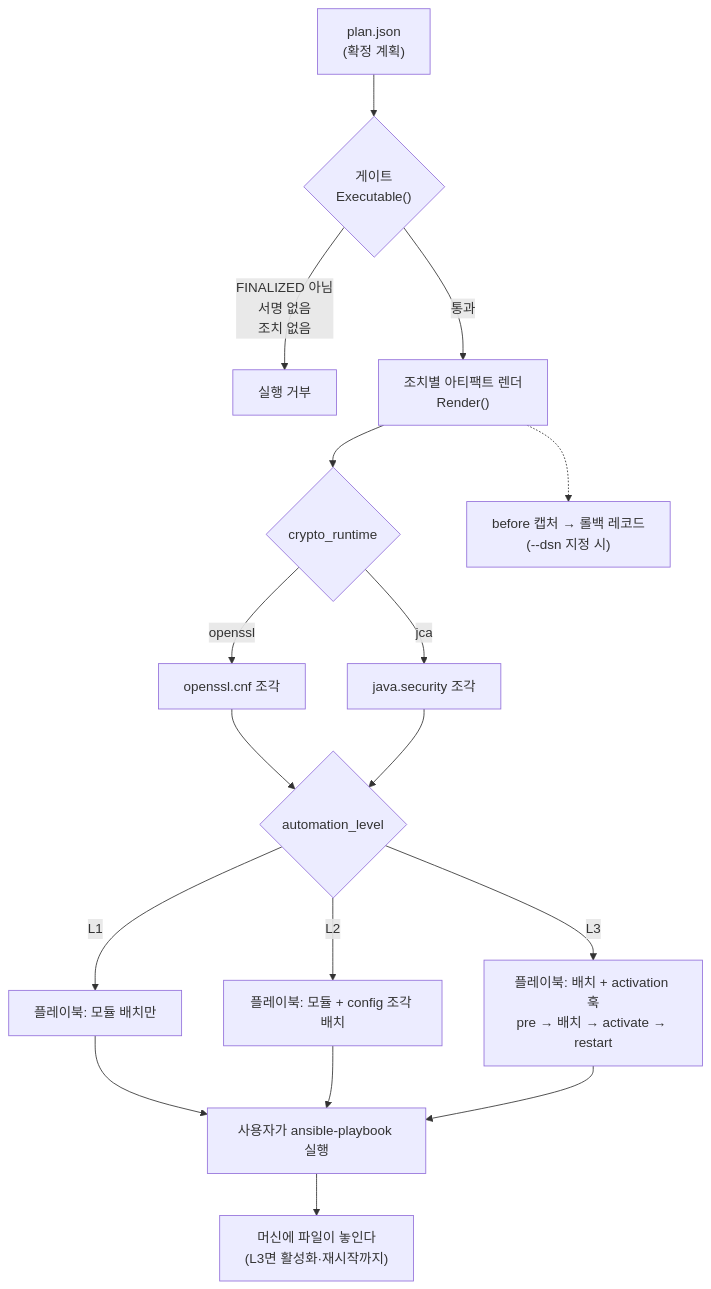
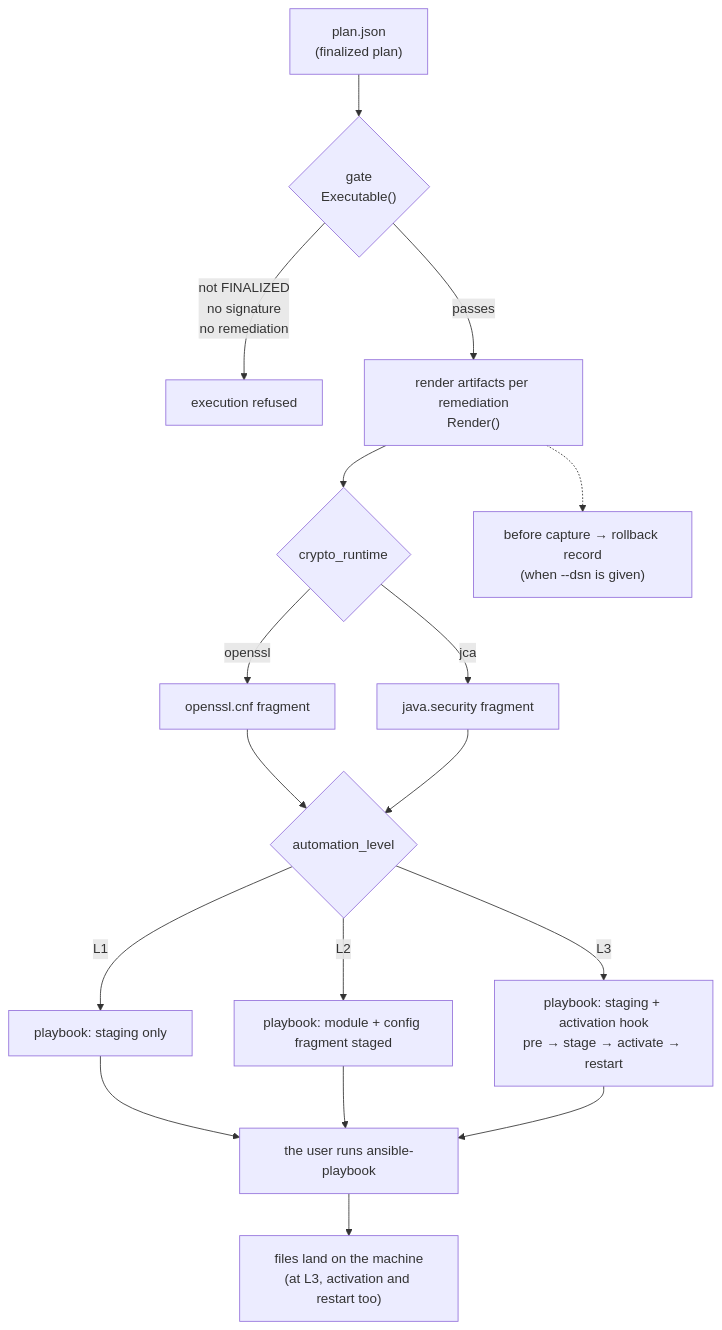
One commit to randyinthedev-hash/pqcota changed the second of 2 diagrams in provisioning/README.md. Above: the diagram before and after it, drawn with Mermaid. The commit also changed other lines of this file and 80 other files, not shown here.

````diff
--- a/provisioning/README.md
+++ b/provisioning/README.md
@@ -26,19 +23,19 @@
 ```mermaid
 flowchart TD
-    P["plan.json<br/>(확정 계획)"] --> G{"게이트<br/>Executable()"}
-    G -- "FINALIZED 아님<br/>서명 없음<br/>조치 없음" --> X["실행 거부"]
-    G -- 통과 --> R["조치별 아티팩트 렌더<br/>Render()"]
+    P["plan.json<br/>(finalized plan)"] --> G{"gate<br/>Executable()"}
+    G -- "not FINALIZED<br/>no signature<br/>no remediation" --> X["execution refused"]
+    G -- passes --> R["render artifacts per remediation<br/>Render()"]
     R --> B{"crypto_runtime"}
-    B -- openssl --> O["openssl.cnf 조각"]
-    B -- jca --> J["java.security 조각"]
+    B -- openssl --> O["openssl.cnf fragment"]
+    B -- jca --> J["java.security fragment"]
     O --> L{"automation_level"}
     J --> L
-    L -- L1 --> S1["플레이북: 모듈 배치만"]
-    L -- L2 --> S2["플레이북: 모듈 + config 조각 배치"]
-    L -- L3 --> S3["플레이북: 배치 + activation 훅<br/>pre → 배치 → activate → restart"]
-    S1 --> U["사용자가 ansible-playbook 실행"]
+    L -- L1 --> S1["playbook: staging only"]
+    L -- L2 --> S2["playbook: module + config fragment staged"]
+    L -- L3 --> S3["playbook: staging + activation hook<br/>pre → stage → activate → restart"]
+    S1 --> U["the user runs ansible-playbook"]
     S2 --> U
     S3 --> U
-    U --> M["머신에 파일이 놓인다<br/>(L3면 활성화·재시작까지)"]
-    R -.-> RC["before 캡처 → 롤백 레코드<br/>(--dsn 지정 시)"]
+    U --> M["files land on the machine<br/>(at L3, activation and restart too)"]
+    R -.-> RC["before capture → rollback record<br/>(when --dsn is given)"]
 ```
````
